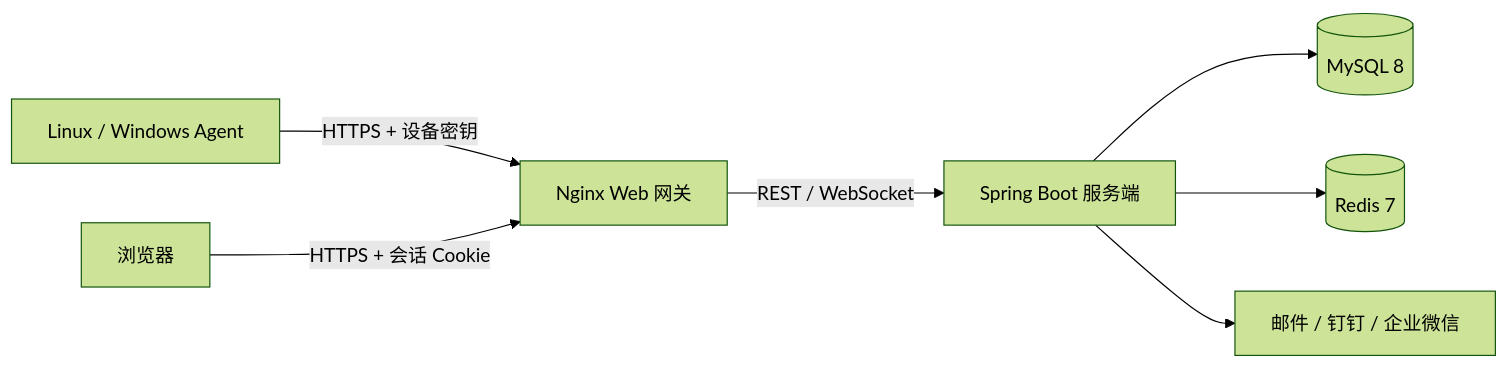
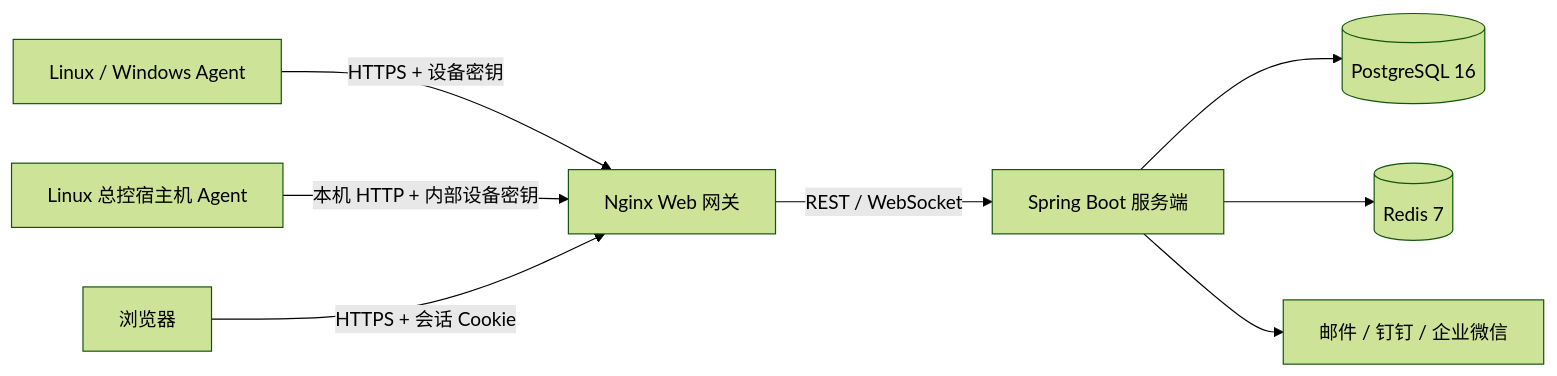
The diagram in docs/architecture.md (Pstarchen/monitor-for-server), drawn with Mermaid (forest theme) before and after one commit. The commit also changed other lines of this file and 62 other files, not shown here.

Commit message:
modernize deployment and public setup flow

````diff
--- a/docs/architecture.md
+++ b/docs/architecture.md
@@ -7,9 +7,10 @@
 ```mermaid
 flowchart LR
     A[Linux / Windows Agent] -->|HTTPS + 设备密钥| N[Nginx Web 网关]
+    H[Linux 总控宿主机 Agent] -->|本机 HTTP + 内部设备密钥| N
     U[浏览器] -->|HTTPS + 会话 Cookie| N
     N -->|REST / WebSocket| S[Spring Boot 服务端]
-    S --> M[(MySQL 8)]
+    S --> M[(PostgreSQL 16)]
     S --> R[(Redis 7)]
     S --> C[邮件 / 钉钉 / 企业微信]
 ```
````
